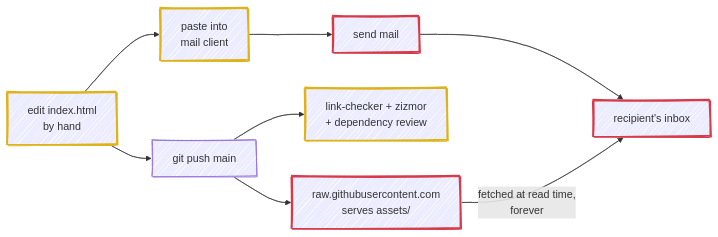
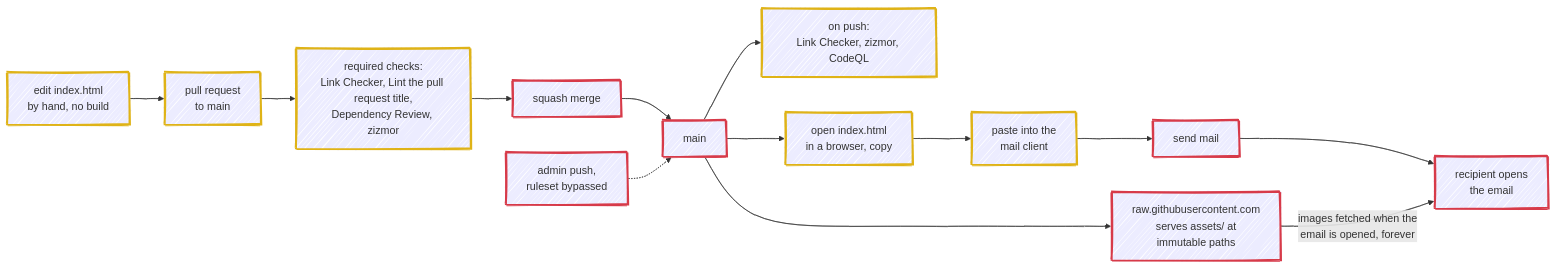
One commit to fbuireu/email-signature changed the first of 3 diagrams in ARCHITECTURE.md. Above: the diagram before and after it, drawn with Mermaid. The commit also changed other lines of this file and 2 other files, not shown here.

First line of the commit message:
docs: draw the delivery path end to end, and how changes reach main

````diff
--- a/ARCHITECTURE.md
+++ b/ARCHITECTURE.md
@@ -28,20 +28,25 @@
 ```mermaid
 ---
 config:
   look: handDrawn
   layout: dagre
 ---
 flowchart LR
-    edit["edit index.html<br/>by hand"] --> push["git push main"]
-    push --> raw["raw.githubusercontent.com<br/>serves assets/"]
-    push --> ci["link-checker + zizmor<br/>+ dependency review"]
-    edit --> paste["paste into<br/>mail client"]
+    edit["edit index.html<br/>by hand, no build"] --> pr["pull request<br/>to main"]
+    pr --> checks["required checks:<br/>Link Checker, Lint the pull request title,<br/>Dependency Review, zizmor"]
+    checks --> merge["squash merge"]
+    merge --> main["main"]
+    admin["admin push,<br/>ruleset bypassed"] -.-> main
+    main --> onpush["on push:<br/>Link Checker, zizmor, CodeQL"]
+    main --> raw["raw.githubusercontent.com<br/>serves assets/ at<br/>immutable paths"]
+    main --> copy["open index.html<br/>in a browser, copy"]
+    copy --> paste["paste into the<br/>mail client"]
     paste --> send["send mail"]
-    send --> inbox["recipient's inbox"]
-    raw -->|"fetched at read time,<br/>forever"| inbox
+    send --> inbox["recipient opens<br/>the email"]
+    raw -->|"images fetched when the<br/>email is opened, forever"| inbox
 
     classDef frozen stroke:#d73a49,stroke-width:3px
     classDef free stroke:#dfb317,stroke-width:3px
-    class raw,send,inbox frozen
-    class edit,paste,ci free
+    class merge,admin,main,raw,send,inbox frozen
+    class edit,pr,checks,onpush,copy,paste free
 ```
````
